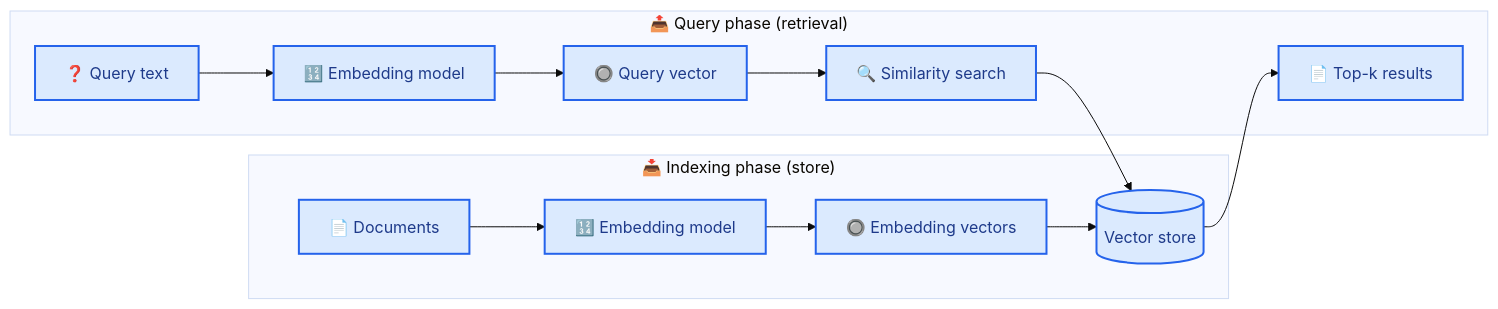
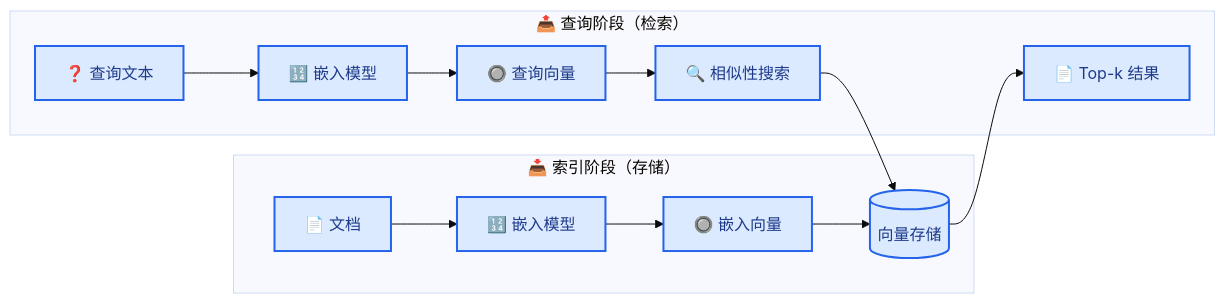
Before and after one commit to kunfan96/cndocs-langchain: the diagram in oss/python/integrations/vectorstores/index.mdx, drawn with Mermaid (base theme). The commit also changed other lines of this file and 1030 other files, not shown here.

````diff
--- a/oss/python/integrations/vectorstores/index.mdx
+++ b/oss/python/integrations/vectorstores/index.mdx
@@ -11,20 +11,20 @@
 ```mermaid
 flowchart LR
 
-    subgraph "📥 Indexing phase (store)"
-        A[📄 Documents] --> B[🔢 Embedding model]
-        B --> C[🔘 Embedding vectors]
-        C --> D[(Vector store)]
+    subgraph "📥 索引阶段（存储）"
+        A[📄 文档] --> B[🔢 嵌入模型]
+        B --> C[🔘 嵌入向量]
+        C --> D[(向量存储)]
     end
 
-    subgraph "📤 Query phase (retrieval)"
-        E[❓ Query text] --> F[🔢 Embedding model]
-        F --> G[🔘 Query vector]
-        G --> H[🔍 Similarity search]
+    subgraph "📤 查询阶段（检索）"
+        E[❓ 查询文本] --> F[🔢 嵌入模型]
+        F --> G[🔘 查询向量]
+        G --> H[🔍 相似性搜索]
         H --> D
-        D --> I[📄 Top-k results]
+        D --> I[📄 Top-k 结果]
     end
 
     classDef process fill:#DBEAFE,stroke:#2563EB,stroke-width:2px,color:#1E3A8A
     class A,B,C,D,E,F,G,H,I process
 ```
````
